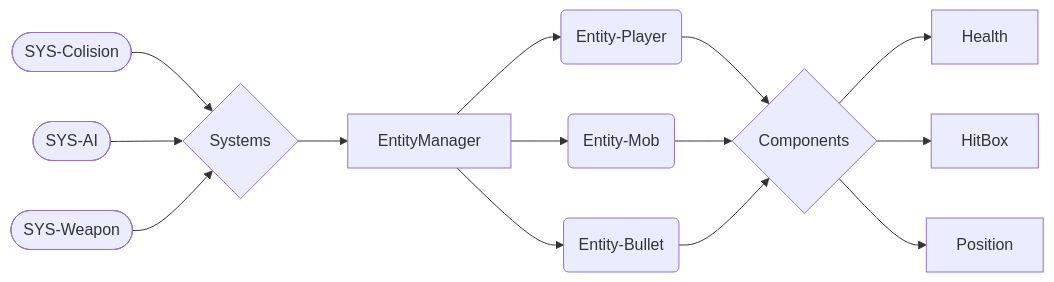
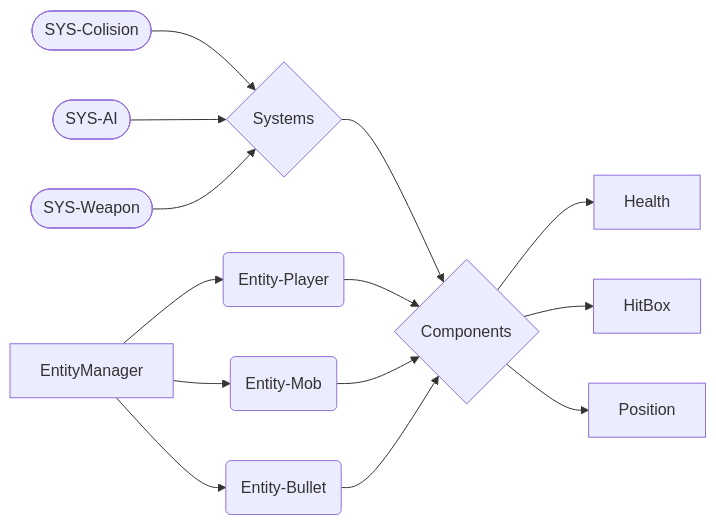
Before and after one commit to Thibauut/B-CPP-500-MAR-5-1-rtype-thibaut.tran: the first of 2 diagrams in DOC-WIKI/RTypes_docs/RTypes_docs.md, drawn with Mermaid. The commit also changed other lines of this file, not shown here.

````diff
--- a/DOC-WIKI/RTypes_docs/RTypes_docs.md
+++ b/DOC-WIKI/RTypes_docs/RTypes_docs.md
@@ -107,20 +111,21 @@
 ```mermaid
 graph LR
 
 		K([SYS-Colision]) --> J{Systems}
 		H([SYS-AI]) --> J{Systems}
 		V([SYS-Weapon]) --> J{Systems}
 
-		J{Systems} --> A[EntityManager]
+		J{Systems} --> X{Components}
+		
 
     A[EntityManager] --> B(Entity-Player)
     A[EntityManager] --> S(Entity-Mob)
     A[EntityManager] --> W(Entity-Bullet)
 
     B --> X{Components}
     S --> X{Components}
     W --> X{Components}
     X -->Y[Health]
     X -->E[HitBox]
     X -->F[Position]
 ```
````
